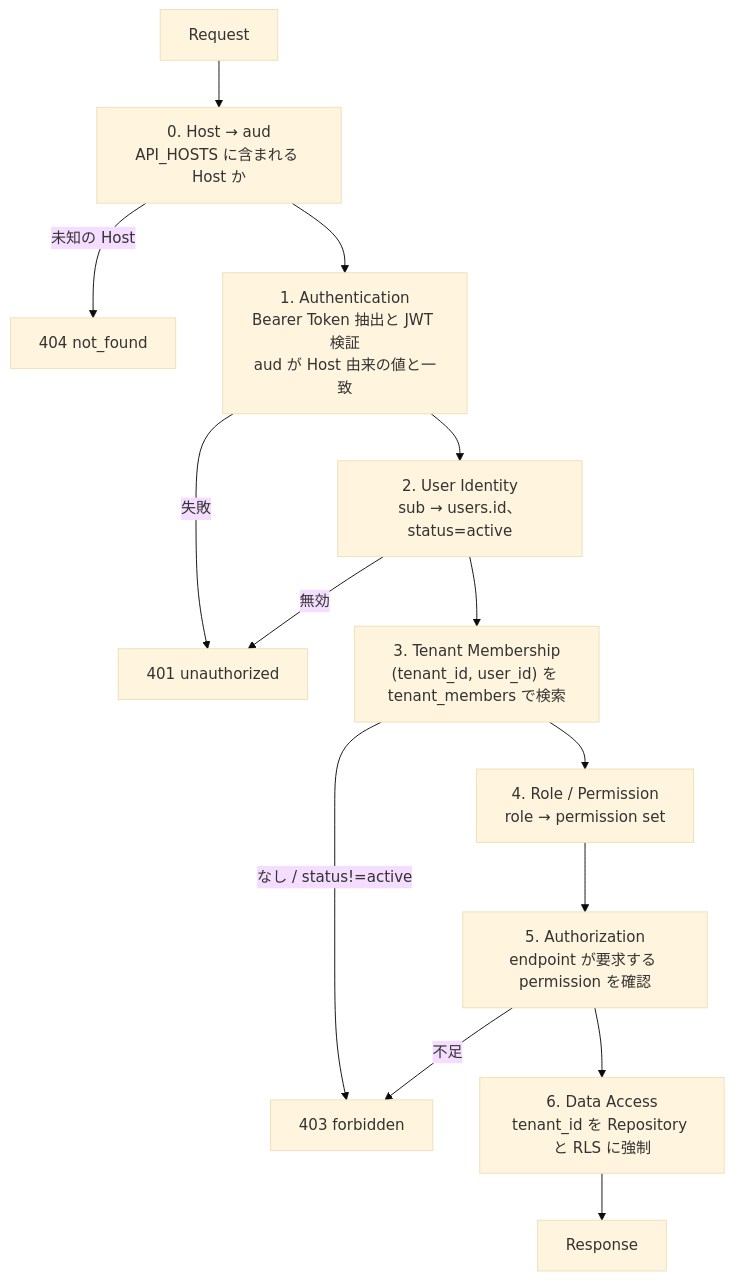
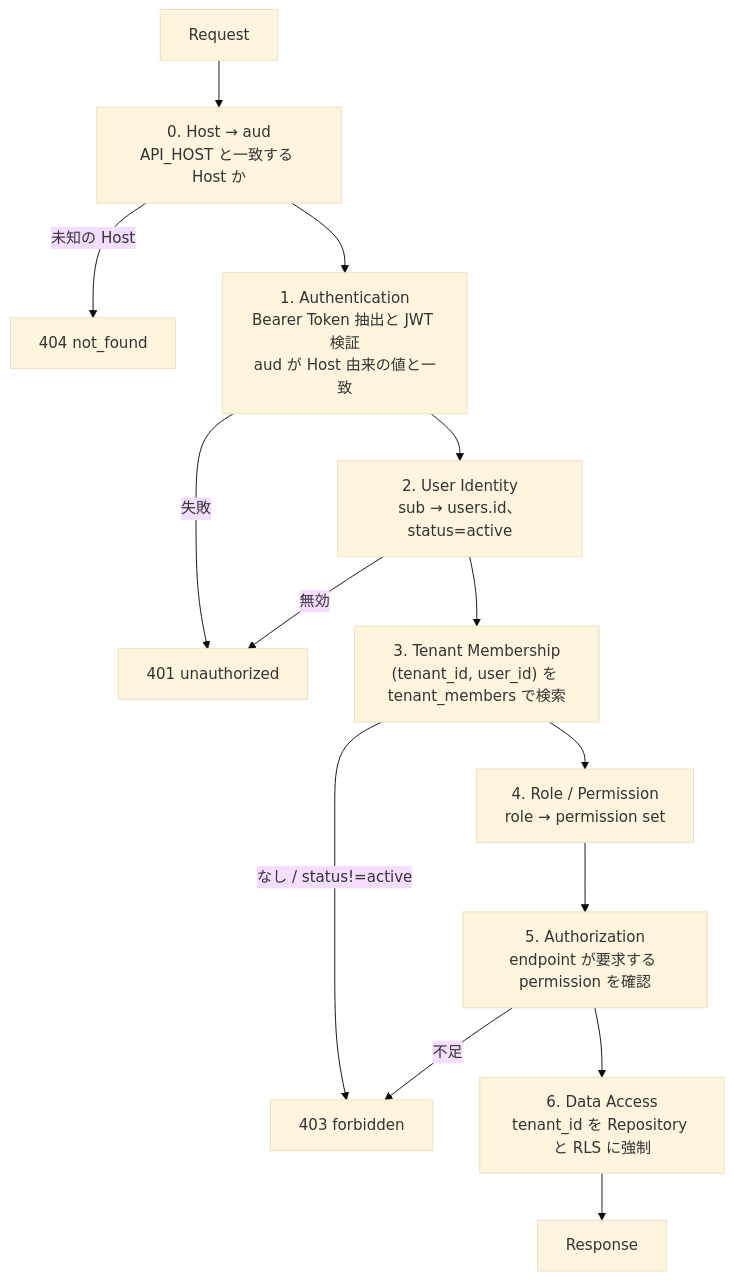
Before and after one commit to daisuke-tanabe/multi-domain-sandbox: the diagram in docs/design/07-api-auth-design.md, drawn with Mermaid (base theme). The commit also changed other lines of this file and 144 other files, not shown here.

````diff
--- a/docs/design/07-api-auth-design.md
+++ b/docs/design/07-api-auth-design.md
@@ -14,16 +14,16 @@
 ```mermaid
 flowchart TD
-    A["Request"] --> A0["0. Host → aud<br/>API_HOSTS に含まれる Host か"]
+    A["Request"] --> A0["0. Host → aud<br/>API_HOST と一致する Host か"]
     A0 -- 未知の Host --> E0["404 not_found"]
     A0 --> B["1. Authentication<br/>Bearer Token 抽出と JWT 検証<br/>aud が Host 由来の値と一致"]
     B -- 失敗 --> E1["401 unauthorized"]
     B --> C["2. User Identity<br/>sub → users.id、status=active"]
     C -- 無効 --> E1
     C --> D["3. Tenant Membership<br/>(tenant_id, user_id) を tenant_members で検索"]
     D -- なし / status!=active --> E2["403 forbidden"]
     D --> F["4. Role / Permission<br/>role → permission set"]
     F --> G["5. Authorization<br/>endpoint が要求する permission を確認"]
     G -- 不足 --> E2
     G --> H["6. Data Access<br/>tenant_id を Repository と RLS に強制"]
     H --> I["Response"]
 ```
````
